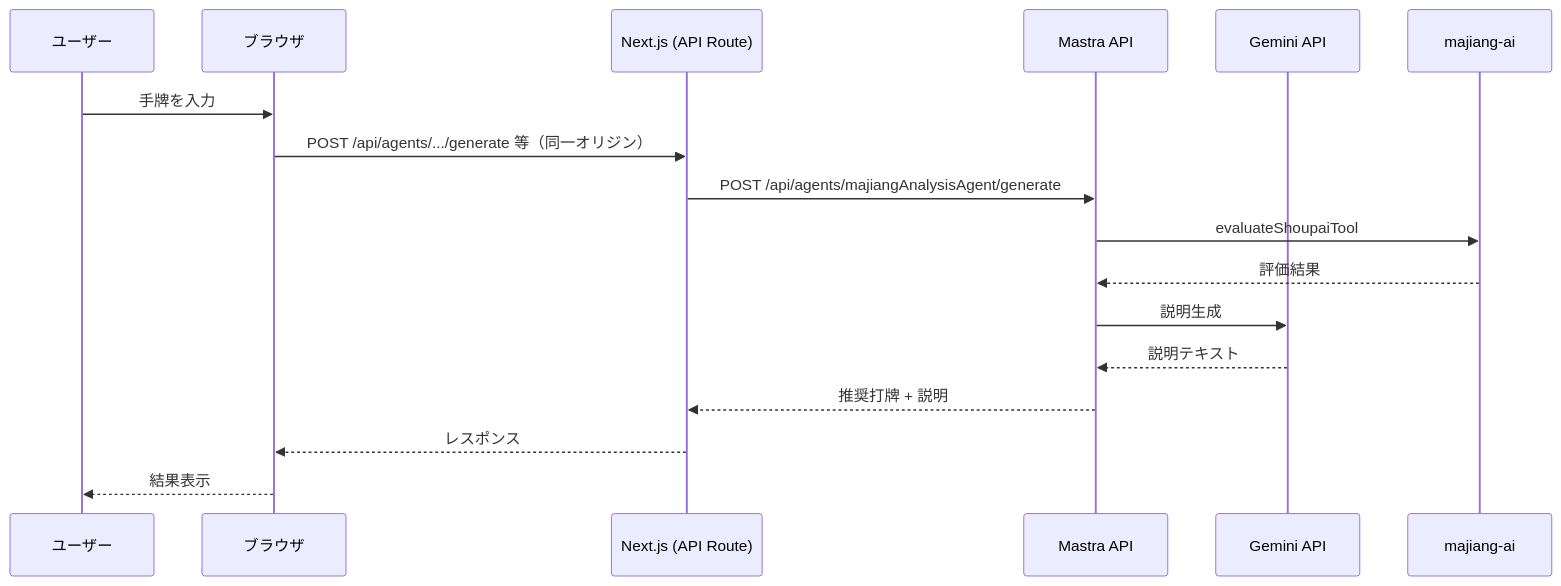
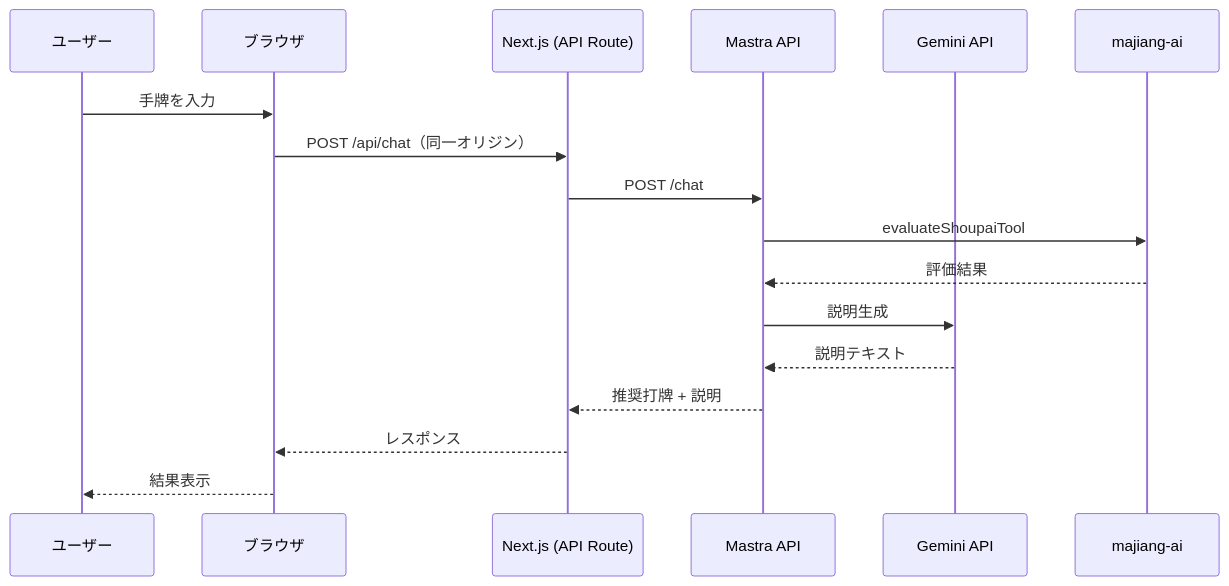
One commit to kazuki1023/majiang-ai-beta changed the second of 3 diagrams in ARCHITECTURE.md. Above: the diagram before and after it, drawn with Mermaid. The commit also changed other lines of this file and 8 other files, not shown here.

````diff
--- a/ARCHITECTURE.md
+++ b/ARCHITECTURE.md
@@ -178,20 +178,20 @@
 ```mermaid
 sequenceDiagram
     participant User as ユーザー
     participant Browser as ブラウザ
     participant Next as Next.js (API Route)
     participant API as Mastra API
     participant Gemini as Gemini API
     participant Lib as majiang-ai
 
     User->>Browser: 手牌を入力
-    Browser->>Next: POST /api/agents/.../generate 等（同一オリジン）
-    Next->>API: POST /api/agents/majiangAnalysisAgent/generate
+    Browser->>Next: POST /api/chat（同一オリジン）
+    Next->>API: POST /chat
     API->>Lib: evaluateShoupaiTool
     Lib-->>API: 評価結果
     API->>Gemini: 説明生成
     Gemini-->>API: 説明テキスト
     API-->>Next: 推奨打牌 + 説明
     Next-->>Browser: レスポンス
     Browser-->>User: 結果表示
 ```
````
